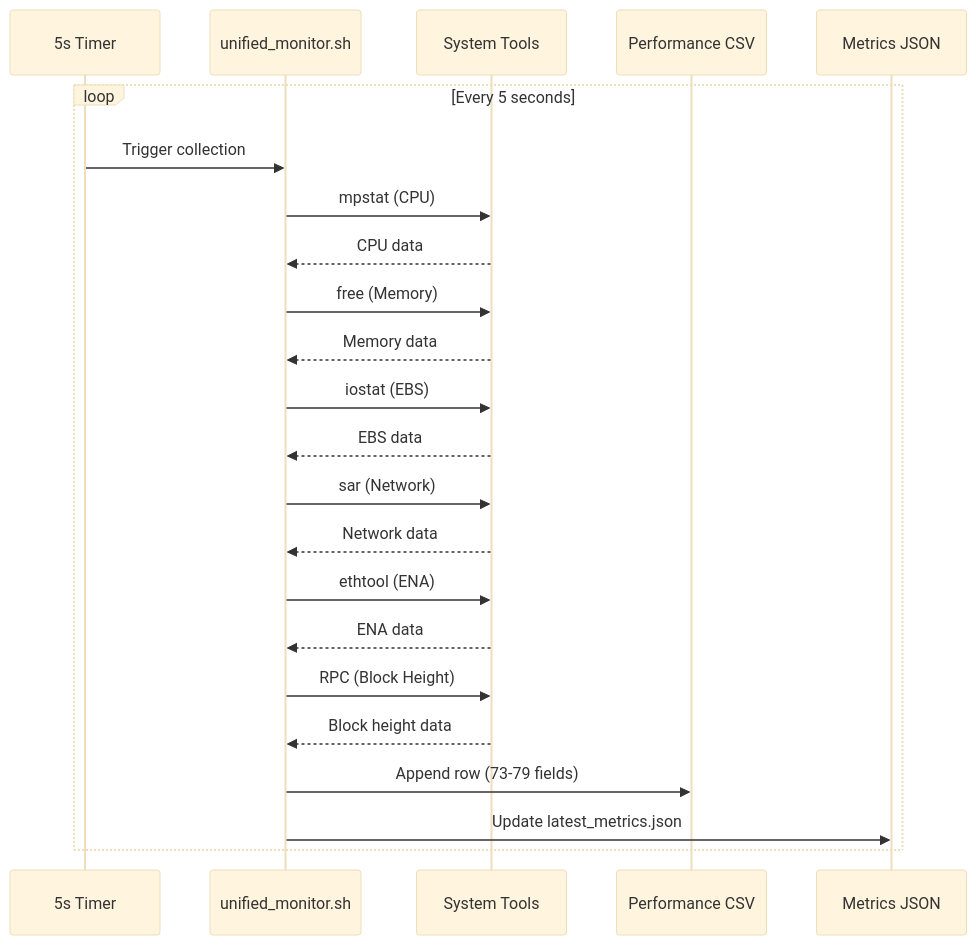
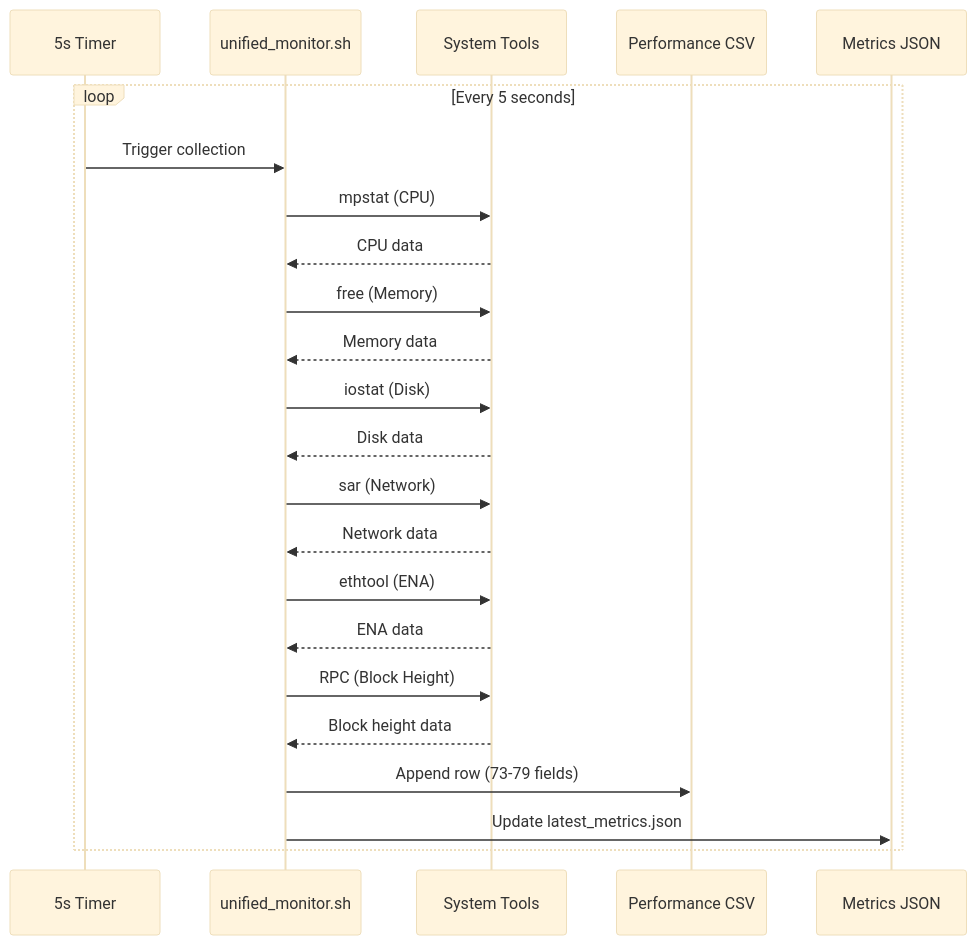
One commit to StayHungryStayFoolish/blockchain-node-benchmark changed the third of 8 diagrams in docs/monitoring-mechanism.md. Above: the diagram before and after it, drawn with Mermaid (base theme). The commit also changed other lines of this file and 77 other files, not shown here.

````diff
--- a/docs/monitoring-mechanism.md
+++ b/docs/monitoring-mechanism.md
@@ -257,27 +257,27 @@
 ```mermaid
 sequenceDiagram
     participant Timer as 5s Timer
     participant Monitor as unified_monitor.sh
     participant System as System Tools
     participant CSV as Performance CSV
     participant JSON as Metrics JSON
     
     loop Every 5 seconds
         Timer->>Monitor: Trigger collection
         Monitor->>System: mpstat (CPU)
         System-->>Monitor: CPU data
         Monitor->>System: free (Memory)
         System-->>Monitor: Memory data
-        Monitor->>System: iostat (EBS)
-        System-->>Monitor: EBS data
+        Monitor->>System: iostat (Disk)
+        System-->>Monitor: Disk data
         Monitor->>System: sar (Network)
         System-->>Monitor: Network data
         Monitor->>System: ethtool (ENA)
         System-->>Monitor: ENA data
         Monitor->>System: RPC (Block Height)
         System-->>Monitor: Block height data
         
         Monitor->>CSV: Append row (73-79 fields)
         Monitor->>JSON: Update latest_metrics.json
     end
 ```
````
